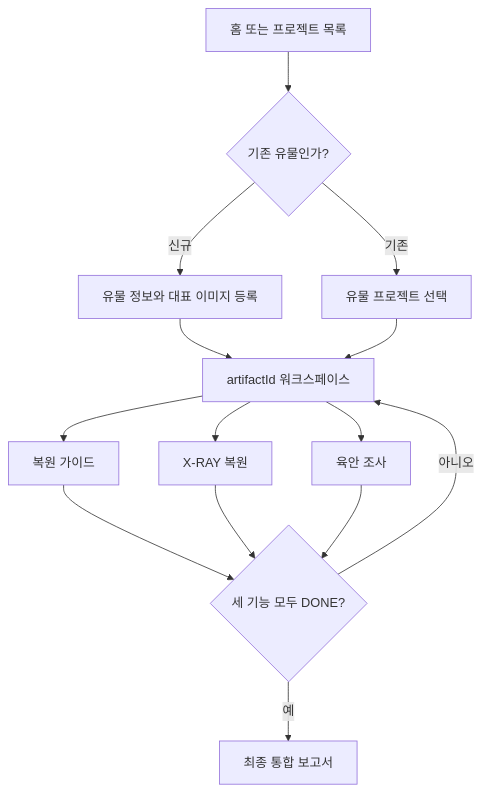
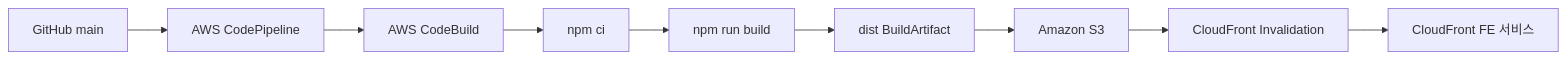
The diagram in README.md (BigProject09/cultural-heritage-fe), drawn with Mermaid before and after one commit. The commit also changed other lines of this file, not shown here.

Commit message:
docs: document AWS CodePipeline CI/CD and CloudFront frontend deployment

````diff
--- a/README.md
+++ b/README.md
@@ -17,16 +434,11 @@
 ```mermaid
-flowchart TD
-    A[홈 또는 프로젝트 목록] --> B{기존 유물인가?}
-    B -->|신규| C[유물 정보와 대표 이미지 등록]
-    B -->|기존| D[유물 프로젝트 선택]
-    C --> E[artifactId 워크스페이스]
-    D --> E
-    E --> F[복원 가이드]
-    E --> G[X-RAY 복원]
-    E --> H[육안 조사]
-    F --> I{세 기능 모두 DONE?}
-    G --> I
-    H --> I
-    I -->|아니오| E
-    I -->|예| J[최종 통합 보고서]
+flowchart LR
+    A[GitHub main] --> B[AWS CodePipeline]
+    B --> C[AWS CodeBuild]
+    C --> D[npm ci]
+    D --> E[npm run build]
+    E --> F[dist BuildArtifact]
+    F --> G[Amazon S3]
+    G --> H[CloudFront Invalidation]
+    H --> I[CloudFront FE 서비스]
 ```
````
